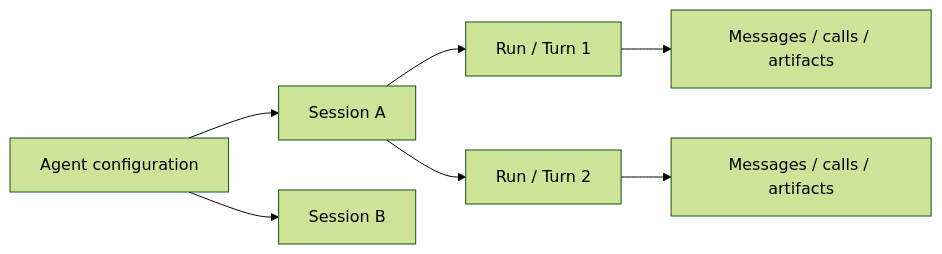
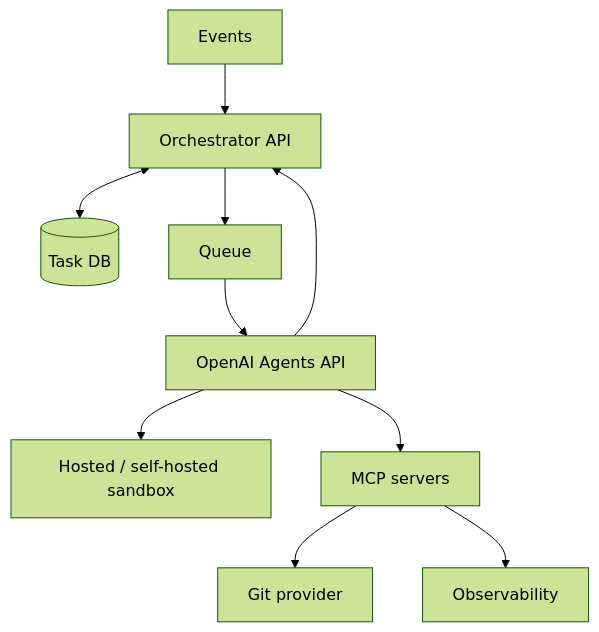
Before and after one commit to huynv-xyz/vhm: the tenth of 15 diagrams in OPENAI_AGENTS_GUIDE_VI.md, drawn with Mermaid (forest theme). The commit also changed other lines of this file, not shown here.

````diff
--- a/OPENAI_AGENTS_GUIDE_VI.md
+++ b/OPENAI_AGENTS_GUIDE_VI.md
@@ -344,9 +576,12 @@
 ```mermaid
-flowchart LR
-    CFG[Agent configuration] --> S1[Session A]
-    CFG --> S2[Session B]
-    S1 --> R1[Run / Turn 1]
-    S1 --> R2[Run / Turn 2]
-    R1 --> I1[Messages / calls / artifacts]
-    R2 --> I2[Messages / calls / artifacts]
+flowchart TB
+    E[Events] --> O[Orchestrator API]
+    O <--> DB[(Task DB)]
+    O --> Q[Queue]
+    Q --> API[OpenAI Agents API]
+    API --> SB[Hosted / self-hosted sandbox]
+    API --> MCP[MCP servers]
+    MCP --> G[Git provider]
+    MCP --> OBS[Observability]
+    API --> O
 ```
````
